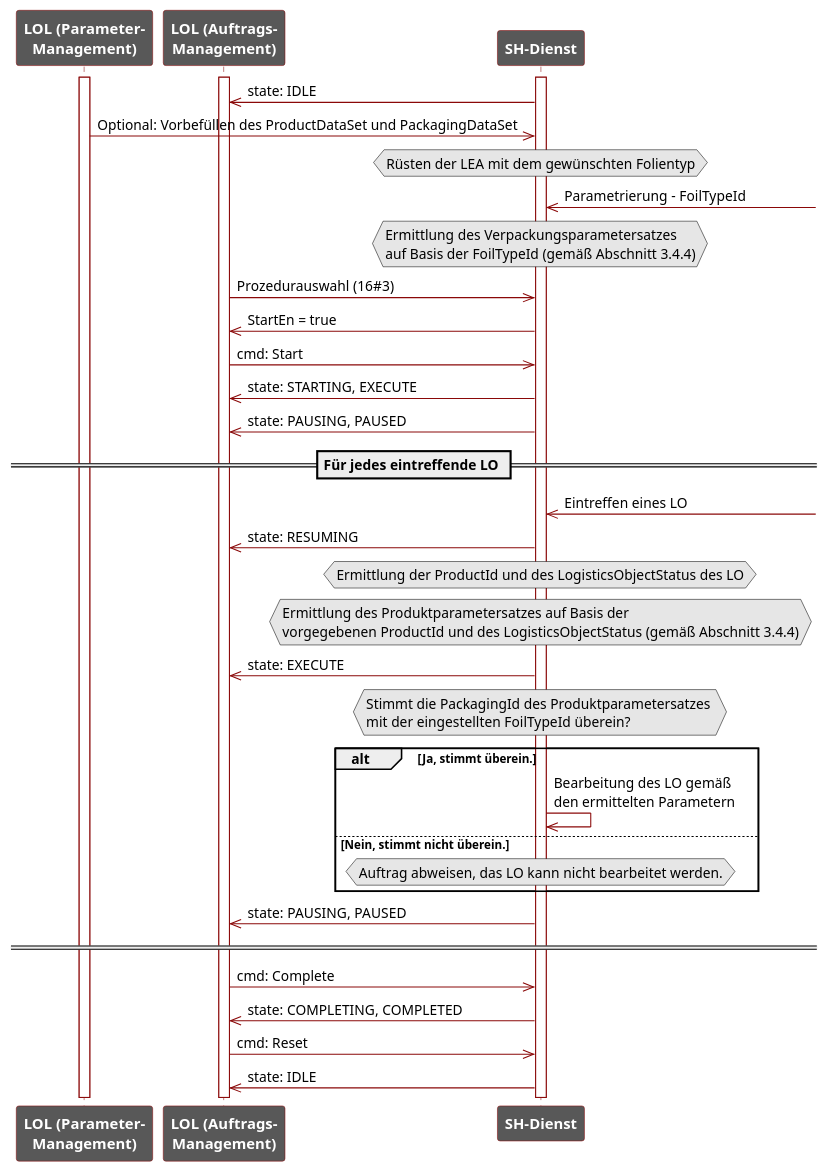
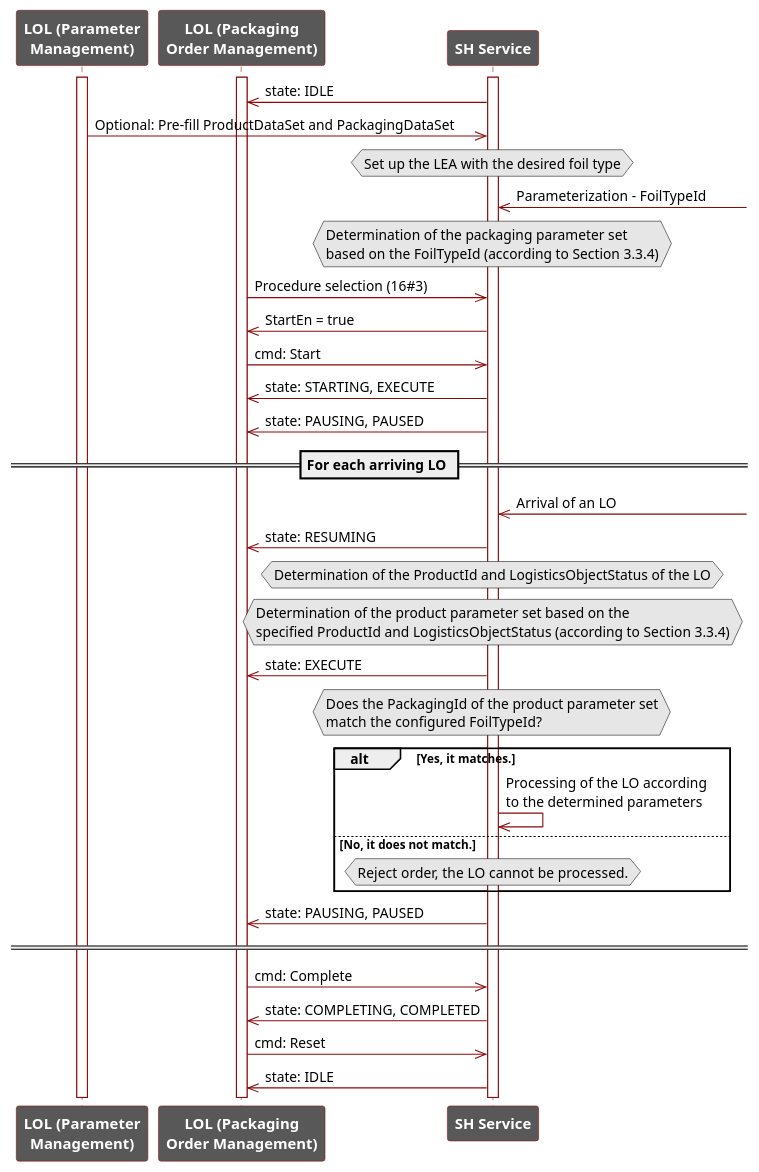
Before and after one commit to Blumi102/MTP4Logistics: the diagram in 03_Logistics_Equipment_Assemblies/images/Arbeitsweise_SES_SH.wsd, drawn with PlantUML. The commit also changed 25 other files, not shown here.

```diff
--- a/03_Logistics_Equipment_Assemblies/images/Arbeitsweise_SES_SH.wsd
+++ b/03_Logistics_Equipment_Assemblies/images/Arbeitsweise_SES_SH.wsd
@@ -1,94 +1,94 @@
 @startuml Arbeitsweise_SES_SH
 skinparam backgroundColor #FFFFFF
 
 skinparam sequence {
 ArrowColor #8A0808
 LifeLineBorderColor #8A0808
 
 ParticipantBorderColor #8A0808
 ParticipantBackgroundColor #585858
 ParticipantFontColor #FFFFFF
 }
 
 skinparam note {
 borderColor #000000
 backgroundColor #E6E6E6
 }
 
-participant "**LOL (Parameter-**\n**Management)**" as PM order 1
-participant "**LOL (Auftrags-**\n**Management)**" as AM order 2
-participant "**SH-Dienst**" as Service order 3
+participant "**LOL (Parameter**\n**Management)**" as PM order 1
+participant "**LOL (Packaging**\n**Order Management)**" as AM order 2
+participant "**SH Service**" as Service order 3
 
 
 activate AM
 activate PM
 activate Service
 
 Service ->> AM: state: IDLE
-PM ->> Service: Optional: Vorbefüllen des ProductDataSet und PackagingDataSet
+PM ->> Service: Optional: Pre-fill ProductDataSet and PackagingDataSet
 
 hnote over Service
-Rüsten der LEA mit dem gewünschten Folientyp
+Set up the LEA with the desired foil type
 end note
 
-Service <<- : Parametrierung - FoilTypeId
+Service <<- : Parameterization - FoilTypeId
 
 hnote over Service
-Ermittlung des Verpackungsparametersatzes
-auf Basis der FoilTypeId (gemäß Abschnitt 3.4.4)
+Determination of the packaging parameter set
+based on the FoilTypeId (according to Section 3.3.4)
 end note
 
-AM ->> Service: Prozedurauswahl (16#3)
+AM ->> Service: Procedure selection (16#3)
 
 Service ->> AM: StartEn = true
 AM ->> Service: cmd: Start
 
 Service ->> AM: state: STARTING, EXECUTE
 Service ->> AM: state: PAUSING, PAUSED
 
-== Für jedes eintreffende LO ==
+== For each arriving LO ==
 
-Service <<- : Eintreffen eines LO
+Service <<- : Arrival of an LO
 
 Service ->> AM: state: RESUMING
 
 hnote over Service
-Ermittlung der ProductId und des LogisticsObjectStatus des LO
+Determination of the ProductId and LogisticsObjectStatus of the LO
 end note
 
 hnote over Service
-Ermittlung des Produktparametersatzes auf Basis der 
-vorgegebenen ProductId und des LogisticsObjectStatus (gemäß Abschnitt 3.4.4)
+Determination of the product parameter set based on the
+specified ProductId and LogisticsObjectStatus (according to Section 3.3.4)
 end note
 
 Service ->> AM: state: EXECUTE
 
 hnote over Service
-Stimmt die PackagingId des Produktparametersatzes 
-mit der eingestellten FoilTypeId überein?
+Does the PackagingId of the product parameter set
+match the configured FoilTypeId?
 end note
 
-alt Ja, stimmt überein.
+alt Yes, it matches.
 
-Service ->> Service: Bearbeitung des LO gemäß\nden ermittelten Parametern
+Service ->> Service: Processing of the LO according\nto the determined parameters
 
-else Nein, stimmt nicht überein.
+else No, it does not match.
 
 hnote over Service
-Auftrag abweisen, das LO kann nicht bearbeitet werden.
+Reject order, the LO cannot be processed.
 end note
 
-end 
+end
 
 Service ->> AM: state: PAUSING, PAUSED
 == ==
 
 AM ->> Service: cmd: Complete
 
 Service ->> AM: state: COMPLETING, COMPLETED
 
 AM ->> Service: cmd: Reset
 
 Service ->> AM: state: IDLE
 
 @enduml
```
